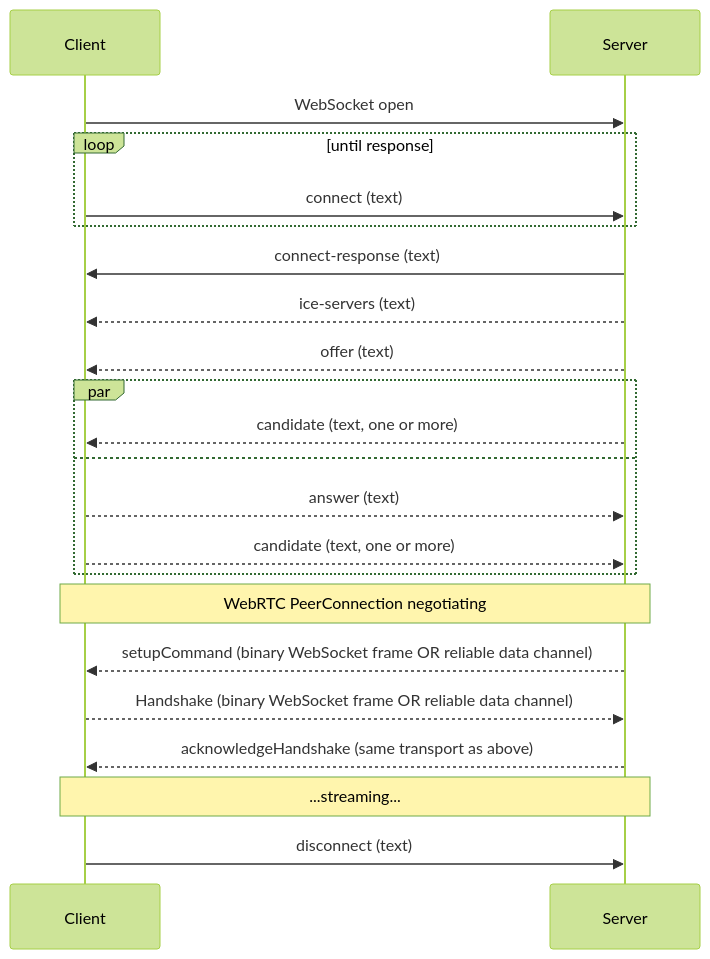
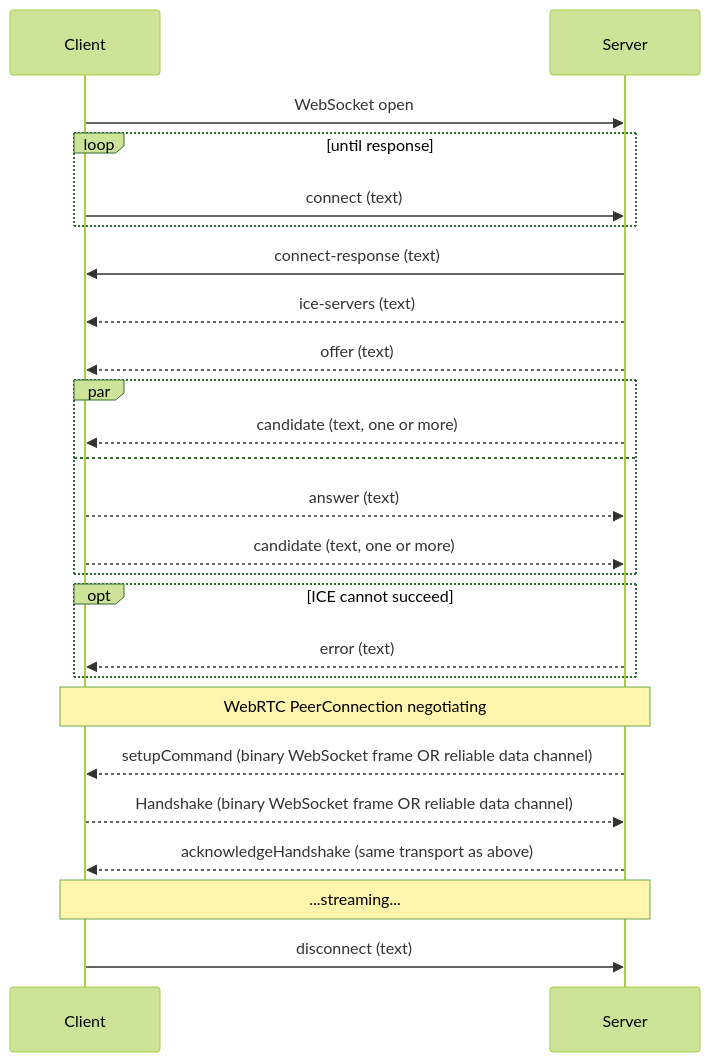
The first of 3 diagrams in docs/protocol/signaling.rst (teleportxr/Teleport), drawn with Mermaid (forest theme) before and after one commit. The commit also changed other lines of this file and 15 other files, not shown here.

```diff
--- a/docs/protocol/signaling.rst
+++ b/docs/protocol/signaling.rst
@@ -23,24 +23,27 @@
 .. mermaid::
 
     sequenceDiagram
         participant C as Client
         participant S as Server
         C->>S: WebSocket open
         loop until response
             C->>S: connect (text)
         end
         S->>C: connect-response (text)
         S-->>C: ice-servers (text)
         S-->>C: offer (text)
         par
             S-->>C: candidate (text, one or more)
         and
             C-->>S: answer (text)
             C-->>S: candidate (text, one or more)
         end
+        opt ICE cannot succeed
+            S-->>C: error (text)
+        end
         Note over C,S: WebRTC PeerConnection negotiating
         S-->>C: setupCommand (binary WebSocket frame OR reliable data channel)
         C-->>S: Handshake (binary WebSocket frame OR reliable data channel)
         S-->>C: acknowledgeHandshake (same transport as above)
         Note over C,S: ...streaming...
         C->>S: disconnect (text)
```
